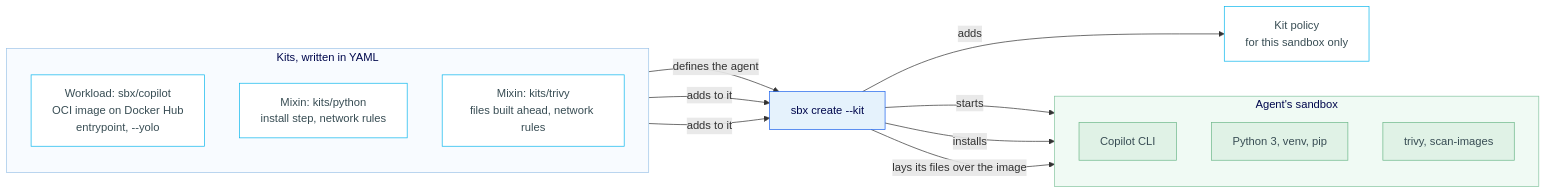
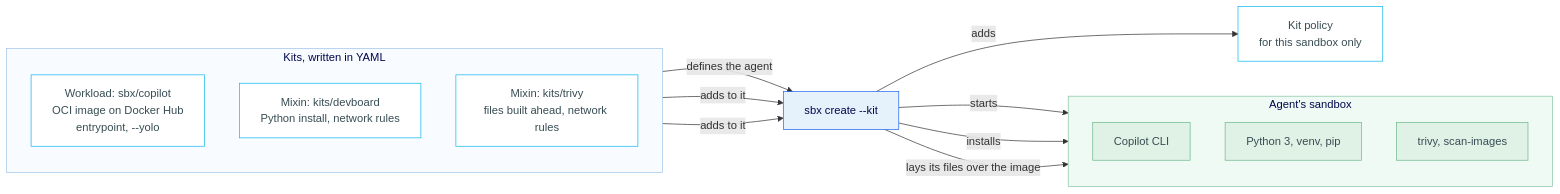
The diagram in simspace/labs/docker-sandboxes-copilot/02-kits.md (mathieu-benoit/sbx-lab), drawn with Mermaid before and after one commit. The commit also changed other lines of this file and 27 other files, not shown here.

````diff
--- a/simspace/labs/docker-sandboxes-copilot/02-kits.md
+++ b/simspace/labs/docker-sandboxes-copilot/02-kits.md
@@ -14,39 +14,39 @@
 ```mermaid
 graph LR
     subgraph Kits["Kits, written in YAML"]
         direction TB
         AgentKit["Workload: sbx/copilot<br/>OCI image on Docker Hub<br/>entrypoint, --yolo"]
-        PythonMixin["Mixin: kits/python<br/>install step, network rules"]
+        PythonMixin["Mixin: kits/devboard<br/>Python install, network rules"]
         TrivyMixin["Mixin: kits/trivy<br/>files built ahead, network rules"]
     end
 
     Create["sbx create --kit"]
 
     subgraph Sandbox["Agent's sandbox"]
         direction TB
         Copilot["Copilot CLI"]
         Python["Python 3, venv, pip"]
         Trivy["trivy, scan-images"]
     end
 
     KitPolicy["Kit policy<br/>for this sandbox only"]
 
     AgentKit -->|defines the agent| Create
     PythonMixin -->|adds to it| Create
     TrivyMixin -->|adds to it| Create
     Create -->|starts| Copilot
     Create -->|installs| Python
     Create -->|lays its files over the image| Trivy
     Create -->|adds| KitPolicy
 
     style Kits fill:#f8fbff,stroke:#9fc5e8,color:#00084D
     style Sandbox fill:#f0faf4,stroke:#86c5a0,color:#00084D
     style AgentKit fill:#fff,stroke:#0DB7ED,color:#384D54
     style PythonMixin fill:#fff,stroke:#0DB7ED,color:#384D54
     style TrivyMixin fill:#fff,stroke:#0DB7ED,color:#384D54
     style KitPolicy fill:#fff,stroke:#0DB7ED,color:#384D54
     style Create fill:#E5F2FC,stroke:#1D63ED,color:#00084D
     style Copilot fill:#e0f2e6,stroke:#6db88a,color:#384D54
     style Python fill:#e0f2e6,stroke:#6db88a,color:#384D54
     style Trivy fill:#e0f2e6,stroke:#6db88a,color:#384D54
 ```
````
